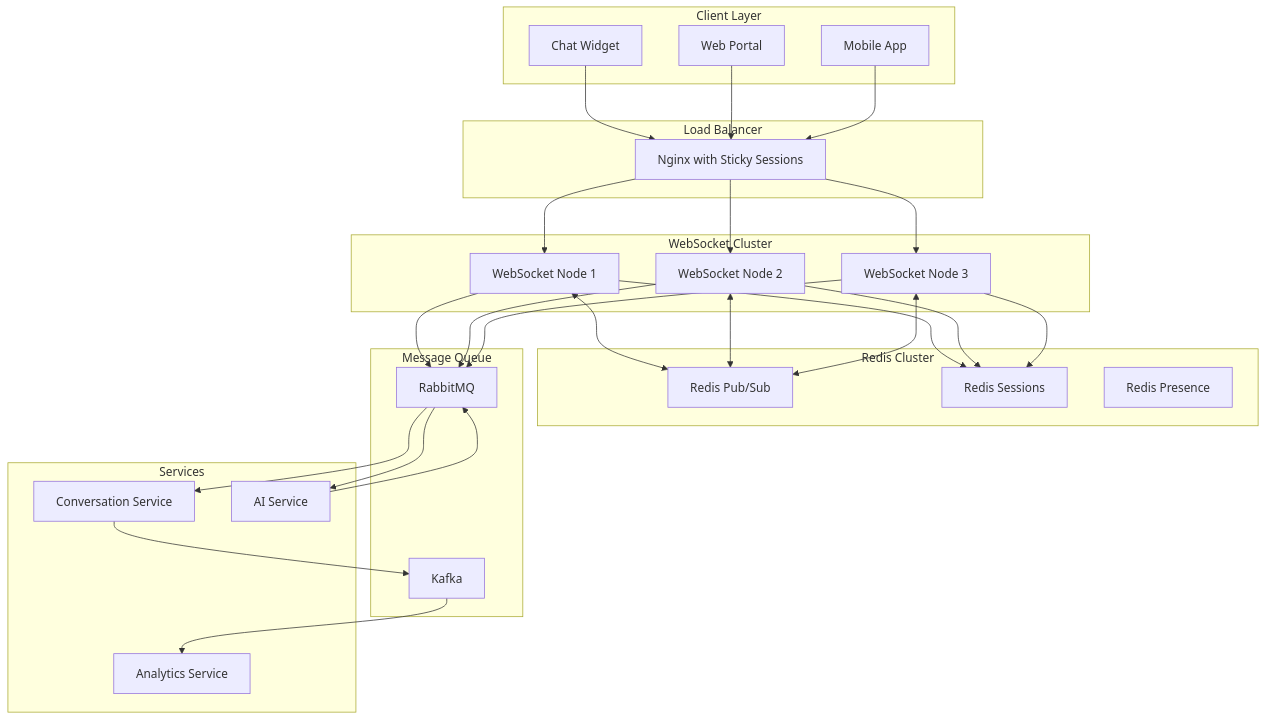
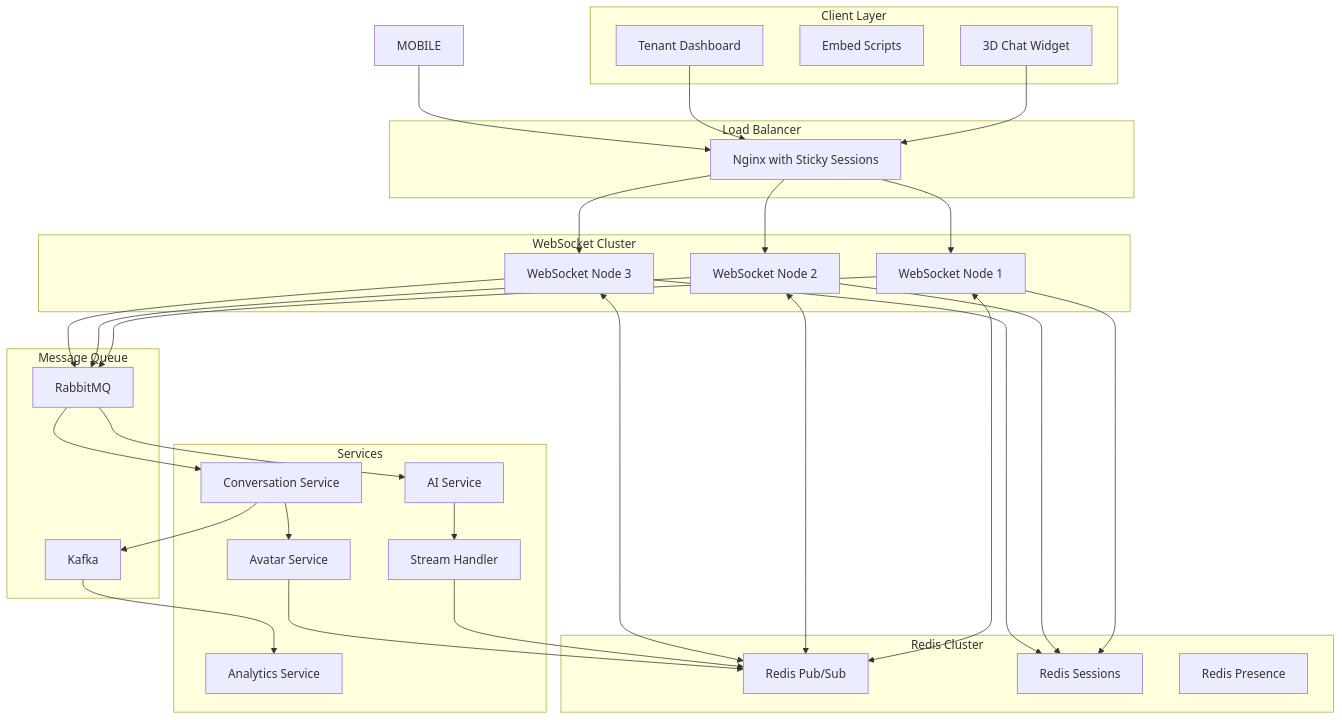
Before and after one commit to kjanat/notso-saas: the diagram in architecture/REALTIME_INFRASTRUCTURE.md, drawn with Mermaid. The commit also changed other lines of this file and 13 other files, not shown here.

````diff
--- a/architecture/REALTIME_INFRASTRUCTURE.md
+++ b/architecture/REALTIME_INFRASTRUCTURE.md
@@ -5,62 +7,67 @@
 ```mermaid
 graph TB
     subgraph "Client Layer"
-        WIDGET[Chat Widget]
-        WEB[Web Portal]
-        MOBILE[Mobile App]
+        WIDGET[3D Chat Widget]
+        EMBED[Embed Scripts]
+        WEB[Tenant Dashboard]
     end
 
     subgraph "Load Balancer"
         NGINX[Nginx with Sticky Sessions]
     end
 
     subgraph "WebSocket Cluster"
         WS1[WebSocket Node 1]
         WS2[WebSocket Node 2]
         WS3[WebSocket Node 3]
     end
 
     subgraph "Redis Cluster"
         REDIS_PUB[Redis Pub/Sub]
         REDIS_SESS[Redis Sessions]
         REDIS_PRES[Redis Presence]
     end
 
     subgraph "Message Queue"
         RABBITMQ[RabbitMQ]
         KAFKA[Kafka]
     end
 
     subgraph "Services"
         CONV[Conversation Service]
         AI[AI Service]
+        AVATAR[Avatar Service]
+        STREAM[Stream Handler]
         ANALYTICS[Analytics Service]
     end
 
     WIDGET --> NGINX
     WEB --> NGINX
     MOBILE --> NGINX
 
     NGINX --> WS1
     NGINX --> WS2
     NGINX --> WS3
 
     WS1 <--> REDIS_PUB
     WS2 <--> REDIS_PUB
     WS3 <--> REDIS_PUB
 
     WS1 --> REDIS_SESS
     WS2 --> REDIS_SESS
     WS3 --> REDIS_SESS
 
     WS1 --> RABBITMQ
     WS2 --> RABBITMQ
     WS3 --> RABBITMQ
 
     RABBITMQ --> AI
-    AI --> RABBITMQ
+    AI --> STREAM
+    STREAM --> REDIS_PUB
     RABBITMQ --> CONV
+    CONV --> AVATAR
+    AVATAR --> REDIS_PUB
 
     CONV --> KAFKA
     KAFKA --> ANALYTICS
 ```
````
